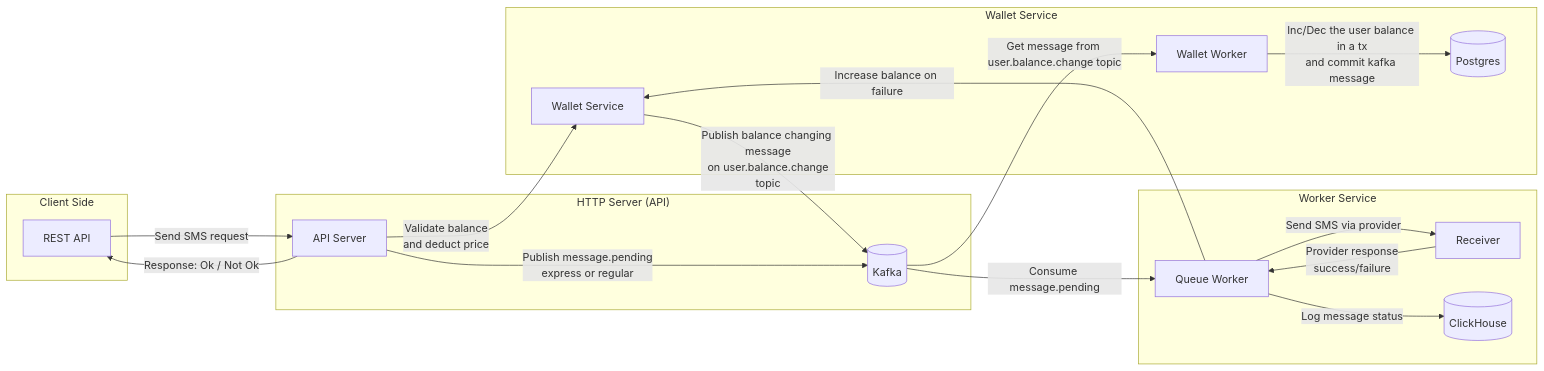
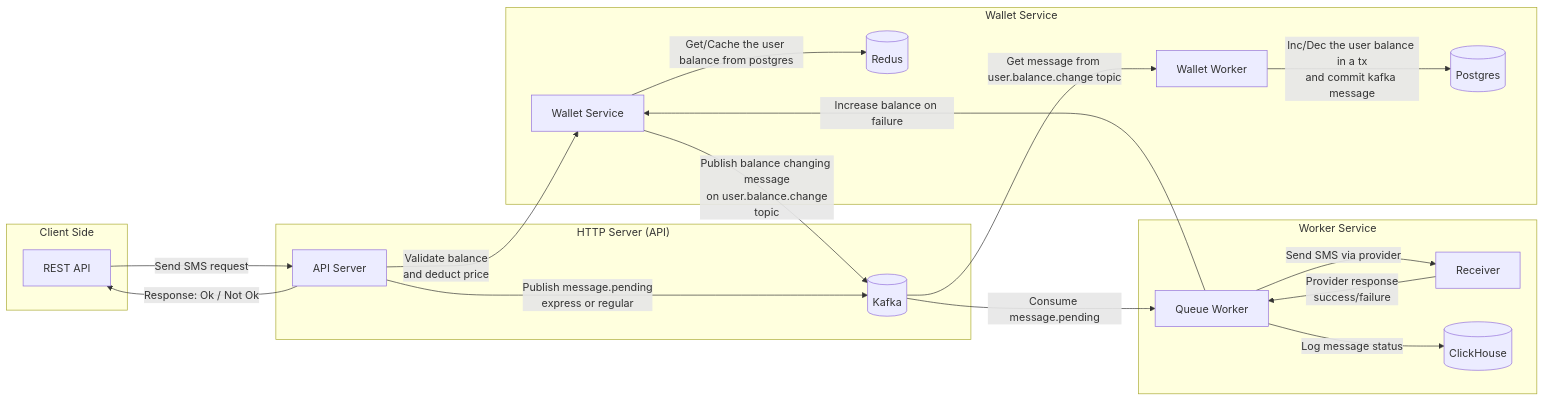
Before and after one commit to kadsin/sms-gateway: the first of 4 diagrams in docs/architecture.md, drawn with Mermaid. The commit also changed other lines of this file, not shown here.

Commit message:
docs(architecture.flow): Add redis

````diff
--- a/docs/architecture.md
+++ b/docs/architecture.md
@@ -5,40 +5,42 @@
 ```mermaid
 flowchart LR
     subgraph Client_Side["Client Side"]
         c[REST API]
     end
 
     subgraph Server_Side["HTTP Server (API)"]
         hs[API Server]
         mb[(Kafka)]
     end
 
     subgraph Worker_Side["Worker Service"]
         w[Queue Worker]
         r[Receiver]
         cdb[(ClickHouse)]
     end
 
     subgraph User_Balance_Side["Wallet Service"]
         pdb[(Postgres)]
+        rdb[(Redus)]
         ubw[Wallet Worker]
         ubs[Wallet Service]
     end
 
     c -->|Send SMS request| hs
     hs -->|Validate balance<br/>and deduct price| ubs
     hs -->|Publish message.pending<br/>express or regular| mb
     hs -->|Response: Ok / Not Ok| c
 
     mb -->|Consume message.pending| w
 
     w -->|Send SMS via provider| r
     r -->|Provider response<br/>success/failure| w
 
     w -->|Log message status| cdb
     w -->|Increase balance on failure| ubs
 
+    ubs -->|Get/Cache the user balance from postgres| rdb
     ubs -->|Publish balance changing message<br/> on user.balance.change topic| mb
     mb -->|Get message from user.balance.change topic| ubw
     ubw -->|Inc/Dec the user balance in a tx<br/>and commit kafka message| pdb
 ```
````
